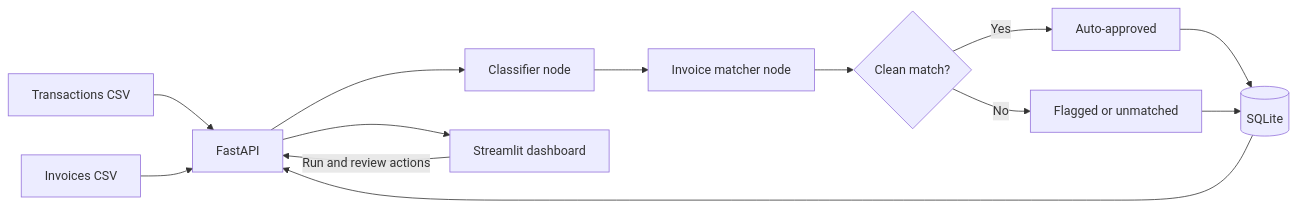
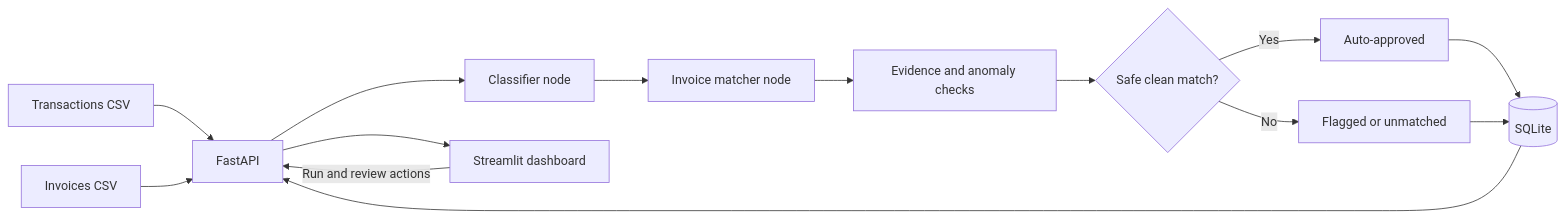
One commit to aniketchauhan16/FINAUDIT-AI changed the diagram in README.md. Above: the diagram before and after it, drawn with Mermaid. The commit also changed other lines of this file, not shown here.

````diff
--- a/README.md
+++ b/README.md
@@ -21,15 +21,16 @@
 ```mermaid
 flowchart LR
     TX[Transactions CSV] --> API[FastAPI]
     INV[Invoices CSV] --> API
     API --> CLASSIFY[Classifier node]
     CLASSIFY --> MATCH[Invoice matcher node]
-    MATCH --> ROUTE{Clean match?}
+    MATCH --> ANALYZE[Evidence and anomaly checks]
+    ANALYZE --> ROUTE{Safe clean match?}
     ROUTE -->|Yes| CLEAN[Auto-approved]
     ROUTE -->|No| REVIEW[Flagged or unmatched]
     CLEAN --> DB[(SQLite)]
     REVIEW --> DB
     DB --> API
     API --> DASH[Streamlit dashboard]
     DASH -->|Run and review actions| API
 ```
````
